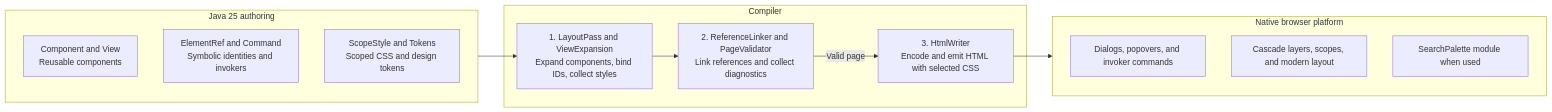
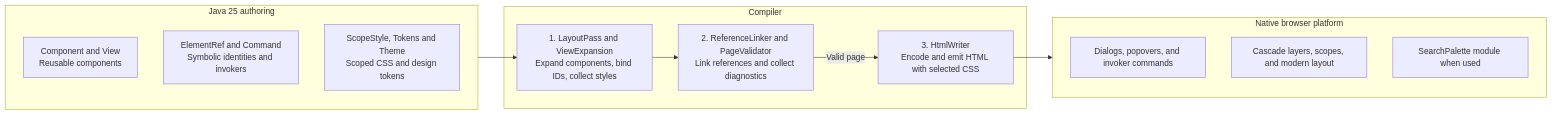
Before and after one commit to thiagogcm/tessera: the first of 2 diagrams in README.md, drawn with Mermaid. The commit also changed 96 other files, not shown here.

````diff
--- a/README.md
+++ b/README.md
@@ -17,24 +17,24 @@
 ```mermaid
 flowchart LR
     subgraph Authoring["Java 25 authoring"]
         Components["Component and View<br/>Reusable components"]
         References["ElementRef and Command<br/>Symbolic identities and invokers"]
-        Styles["ScopeStyle and Tokens<br/>Scoped CSS and design tokens"]
+        Styles["ScopeStyle, Tokens and Theme<br/>Scoped CSS and design tokens"]
     end
 
     subgraph Compiler["Compiler"]
         Layout["1. LayoutPass and ViewExpansion<br/>Expand components, bind IDs, collect styles"]
         Prepaint["2. ReferenceLinker and PageValidator<br/>Link references and collect diagnostics"]
         Paint["3. HtmlWriter<br/>Encode and emit HTML with selected CSS"]
         Layout --> Prepaint -->|Valid page| Paint
     end
 
     subgraph Browser["Native browser platform"]
         Controls["Dialogs, popovers, and invoker commands"]
         CSS["Cascade layers, scopes, and modern layout"]
         Search["SearchPalette module when used"]
     end
 
     Authoring --> Layout
     Paint --> Browser
 ```
````
